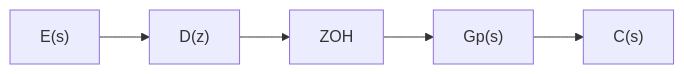
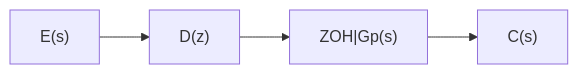
The sixth of 6 diagrams in README.md (MarcoAntOliveira/controle_digital), drawn with Mermaid before and after one commit.

````diff
--- a/README.md
+++ b/README.md
@@ -152,7 +152,6 @@
 ```mermaid
 graph LR
     E["E(s)"] --> D["D(z)"]
-    D --> ZOH["ZOH"]
-    ZOH --> GP["Gp(s)"]
+    D --> GP["ZOH|Gp(s)"]
     GP --> C["C(s)"]
 ```
````
